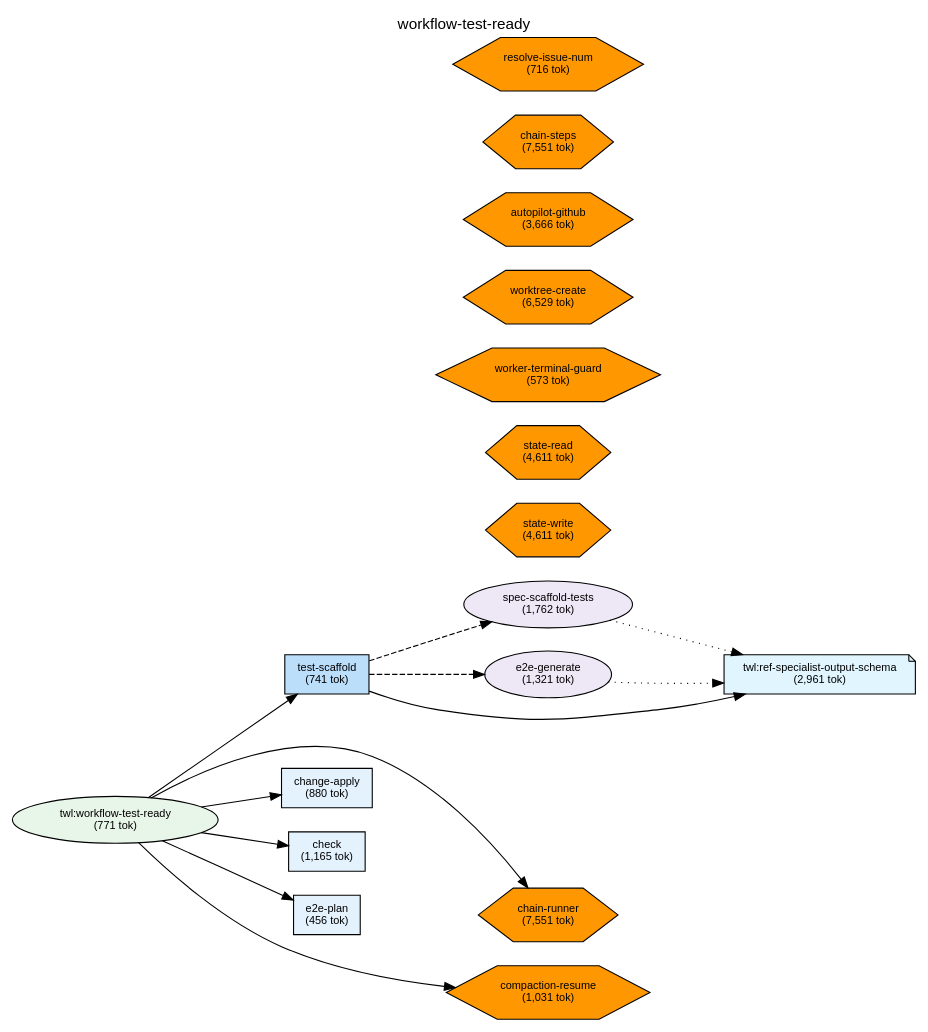
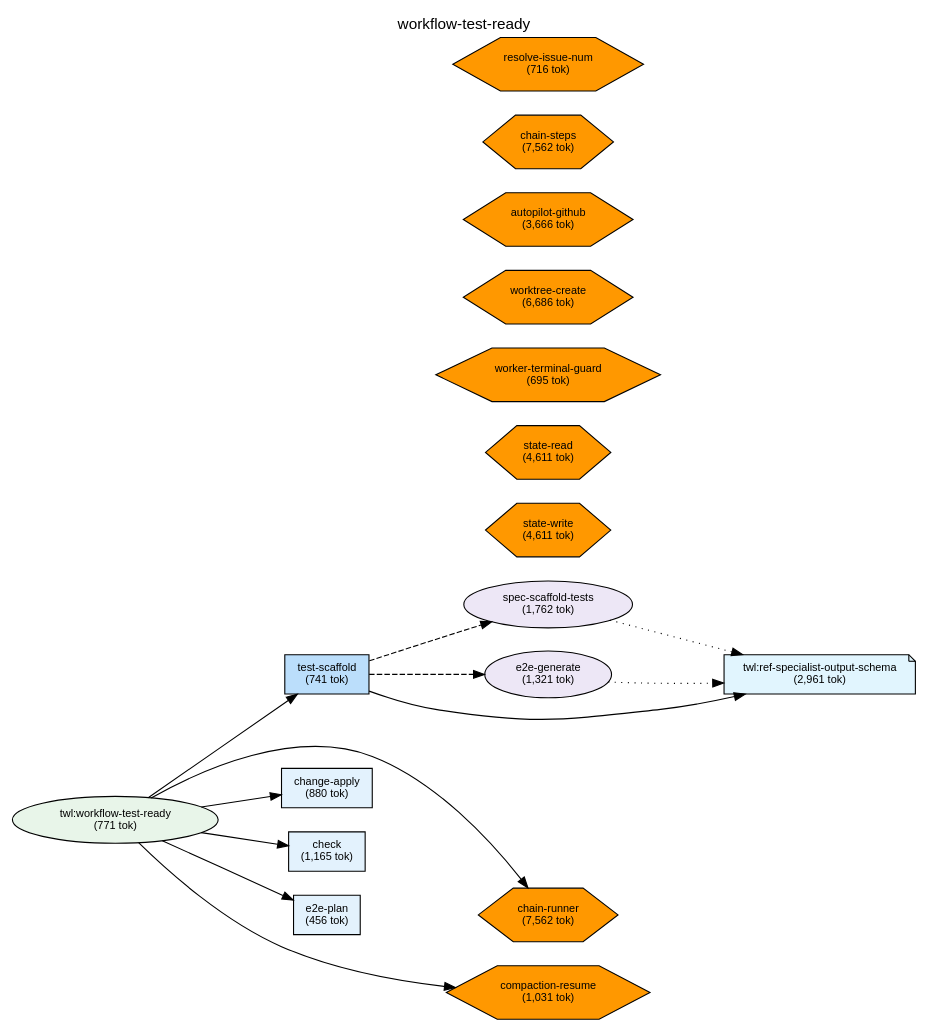
The diagram in plugins/twl/docs/deps-workflow-test-ready.dot (shuu5/twill), drawn with Graphviz before and after one commit. The commit also changed 21 other files, not shown here.

First line of the commit message:
feat(chain-runner): LLM ステップの chain-runner 統合（#185）

```diff
--- a/plugins/twl/docs/deps-workflow-test-ready.dot
+++ b/plugins/twl/docs/deps-workflow-test-ready.dot
@@ -1,83 +1,83 @@
 digraph Dependencies {
     // Graph settings
     rankdir=LR;
     ranksep=0.8;
     nodesep=0.3;
     fontname="Helvetica";
     node [fontname="Helvetica", fontsize=10];
     edge [fontname="Helvetica", fontsize=9];
     label="workflow-test-ready";
     labelloc=t;
     fontsize=14;
 
     // L0: Controller Skills
 
     // L0: Launchers
 
     // L0.5: Workflow Skills
     skill_workflow_test_ready [label="twl:workflow-test-ready\n(771 tok)", shape=ellipse, style=filled, fillcolor="#e8f5e9"];
 
     // Reference Skills
     skill_ref_specialist_output_schema [label="twl:ref-specialist-output-schema\n(2,961 tok)", shape=note, style=filled, fillcolor="#e1f5fe"];
 
     // L1: Direct Commands
     cmd_change_apply [label="change-apply\n(880 tok)", shape=box, style=filled, fillcolor="#e3f2fd"];
     cmd_check [label="check\n(1,165 tok)", shape=box, style=filled, fillcolor="#e3f2fd"];
     cmd_e2e_plan [label="e2e-plan\n(456 tok)", shape=box, style=filled, fillcolor="#e3f2fd"];
     cmd_test_scaffold [label="test-scaffold\n(741 tok)", shape=box, style=filled, fillcolor="#bbdefb"];
 
     // L2: Sub Commands
 
     // L3: Agents
     agent_spec_scaffold_tests [label="spec-scaffold-tests\n(1,762 tok)", shape=ellipse, style=filled, fillcolor="#ede7f6"];
     agent_e2e_generate [label="e2e-generate\n(1,321 tok)", shape=ellipse, style=filled, fillcolor="#ede7f6"];
 
     // L3.5: Scripts
     script_state_read [label="state-read\n(4,611 tok)", shape=hexagon, style=filled, fillcolor="#FF9800"];
     script_state_write [label="state-write\n(4,611 tok)", shape=hexagon, style=filled, fillcolor="#FF9800"];
-    script_chain_runner [label="chain-runner\n(7,551 tok)", shape=hexagon, style=filled, fillcolor="#FF9800"];
-    script_worker_terminal_guard [label="worker-terminal-guard\n(573 tok)", shape=hexagon, style=filled, fillcolor="#FF9800"];
-    script_worktree_create [label="worktree-create\n(6,529 tok)", shape=hexagon, style=filled, fillcolor="#FF9800"];
+    script_chain_runner [label="chain-runner\n(7,562 tok)", shape=hexagon, style=filled, fillcolor="#FF9800"];
+    script_worker_terminal_guard [label="worker-terminal-guard\n(695 tok)", shape=hexagon, style=filled, fillcolor="#FF9800"];
+    script_worktree_create [label="worktree-create\n(6,686 tok)", shape=hexagon, style=filled, fillcolor="#FF9800"];
     script_autopilot_github [label="autopilot-github\n(3,666 tok)", shape=hexagon, style=filled, fillcolor="#FF9800"];
-    script_chain_steps [label="chain-steps\n(7,551 tok)", shape=hexagon, style=filled, fillcolor="#FF9800"];
+    script_chain_steps [label="chain-steps\n(7,562 tok)", shape=hexagon, style=filled, fillcolor="#FF9800"];
     script_compaction_resume [label="compaction-resume\n(1,031 tok)", shape=hexagon, style=filled, fillcolor="#FF9800"];
     script_resolve_issue_num [label="resolve-issue-num\n(716 tok)", shape=hexagon, style=filled, fillcolor="#FF9800"];
 
     // L4: External
 
     // Layer constraints
     { rank=same; skill_workflow_test_ready; }
     { rank=same; skill_ref_specialist_output_schema; }
     { rank=same; cmd_change_apply; cmd_check; cmd_e2e_plan; cmd_test_scaffold; }
     { rank=same; agent_spec_scaffold_tests; agent_e2e_generate; }
     { rank=same; script_state_read; script_state_write; script_chain_runner; script_worker_terminal_guard; script_worktree_create; script_autopilot_github; script_chain_steps; script_compaction_resume; script_resolve_issue_num; }
 
     // Edges
     skill_workflow_test_ready -> cmd_test_scaffold;
     skill_workflow_test_ready -> cmd_change_apply;
     skill_workflow_test_ready -> cmd_check;
     skill_workflow_test_ready -> cmd_e2e_plan;
     skill_workflow_test_ready -> script_chain_runner;
     skill_workflow_test_ready -> script_compaction_resume;
     cmd_test_scaffold -> agent_spec_scaffold_tests [style=dashed];
     cmd_test_scaffold -> agent_e2e_generate [style=dashed];
     cmd_test_scaffold -> skill_ref_specialist_output_schema;
     agent_spec_scaffold_tests -> skill_ref_specialist_output_schema [style=dotted];
     agent_e2e_generate -> skill_ref_specialist_output_schema [style=dotted];
 
     // Ordering constraints (invisible edges)
     script_chain_runner -> script_compaction_resume [style=invis, weight=10];
     cmd_test_scaffold -> cmd_change_apply [style=invis, weight=10];
     cmd_change_apply -> cmd_check [style=invis, weight=10];
     cmd_check -> cmd_e2e_plan [style=invis, weight=10];
     cmd_e2e_plan -> script_chain_runner [style=invis, weight=10];
     script_chain_runner -> script_compaction_resume [style=invis, weight=10];
     script_chain_runner -> script_compaction_resume [style=invis, weight=10];
     script_chain_runner -> script_compaction_resume [style=invis, weight=10];
     agent_spec_scaffold_tests -> agent_e2e_generate [style=invis, weight=10];
     agent_e2e_generate -> skill_ref_specialist_output_schema [style=invis, weight=10];
     script_state_read -> script_state_write [style=invis, weight=10];
     script_state_read -> script_state_write [style=invis, weight=10];
     script_state_read -> script_state_write [style=invis, weight=10];
 
 }
```
